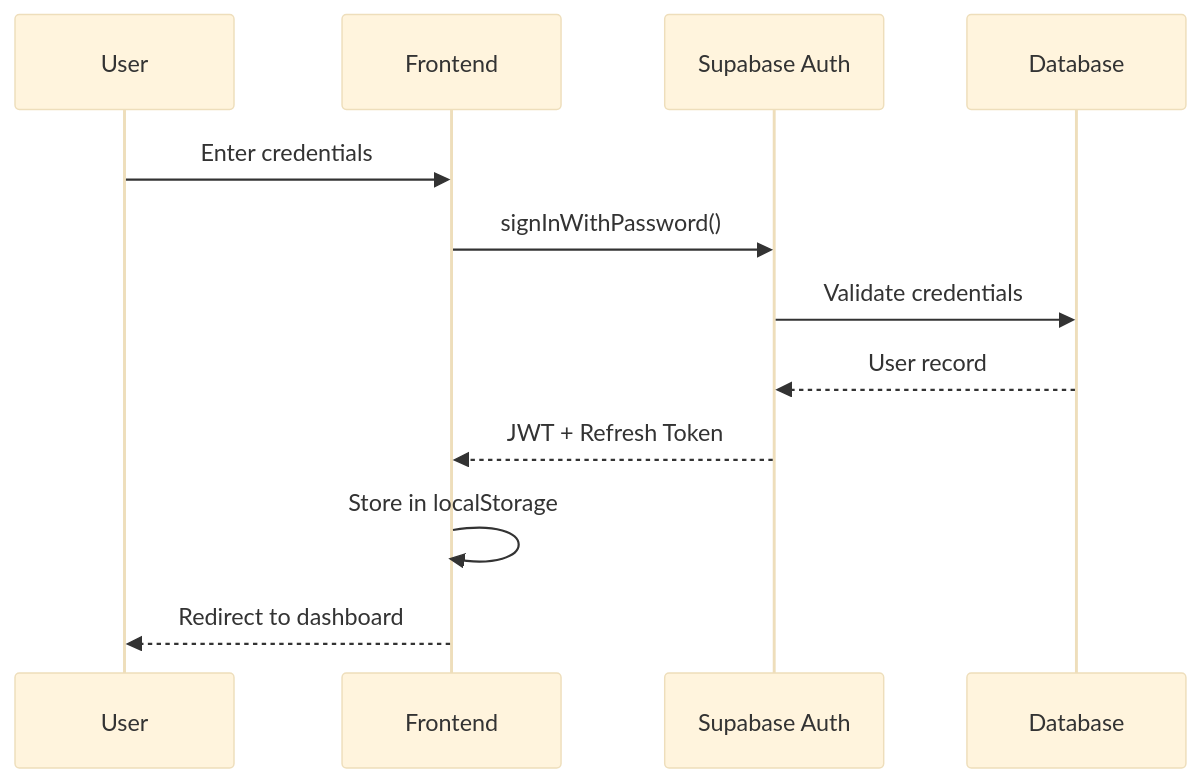
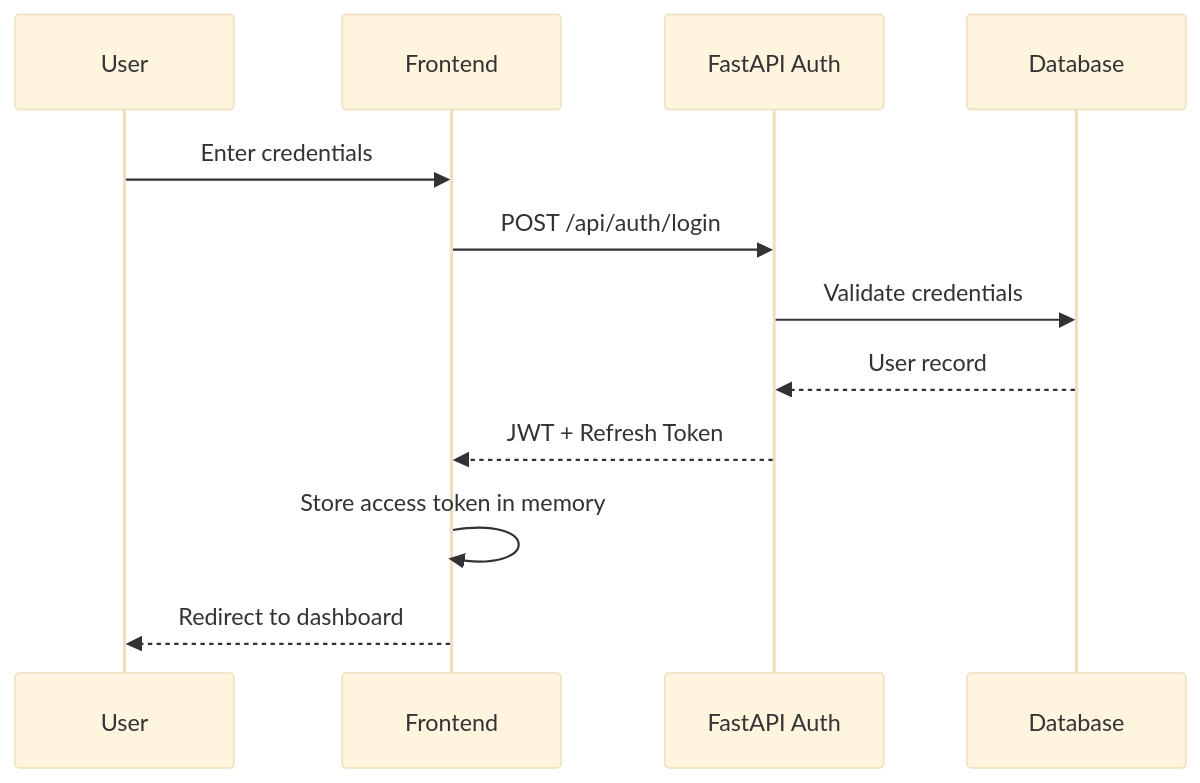
One commit to dcava30/Talenti_MVP changed the first of 3 diagrams in SECURITY.md. Above: the diagram before and after it, drawn with Mermaid (base theme). The commit also changed other lines of this file and 49 other files, not shown here.

Commit message:
Update environment setup for FastAPI stack

````diff
--- a/SECURITY.md
+++ b/SECURITY.md
@@ -31,15 +31,15 @@
 ```mermaid
 sequenceDiagram
     participant User
     participant Frontend
-    participant Supabase Auth
+    participant FastAPI Auth
     participant Database
     
     User->>Frontend: Enter credentials
-    Frontend->>Supabase Auth: signInWithPassword()
-    Supabase Auth->>Database: Validate credentials
-    Database-->>Supabase Auth: User record
-    Supabase Auth-->>Frontend: JWT + Refresh Token
-    Frontend->>Frontend: Store in localStorage
+    Frontend->>FastAPI Auth: POST /api/auth/login
+    FastAPI Auth->>Database: Validate credentials
+    Database-->>FastAPI Auth: User record
+    FastAPI Auth-->>Frontend: JWT + Refresh Token
+    Frontend->>Frontend: Store access token in memory
     Frontend-->>User: Redirect to dashboard
 ```
````
